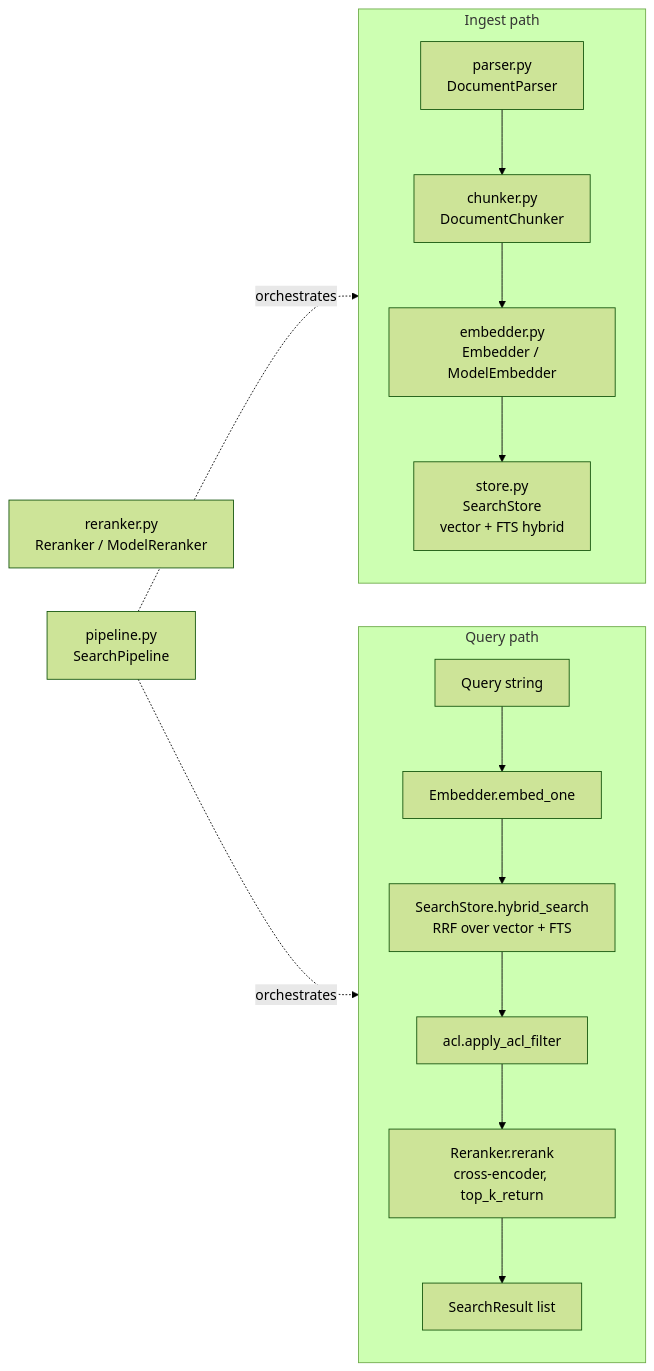
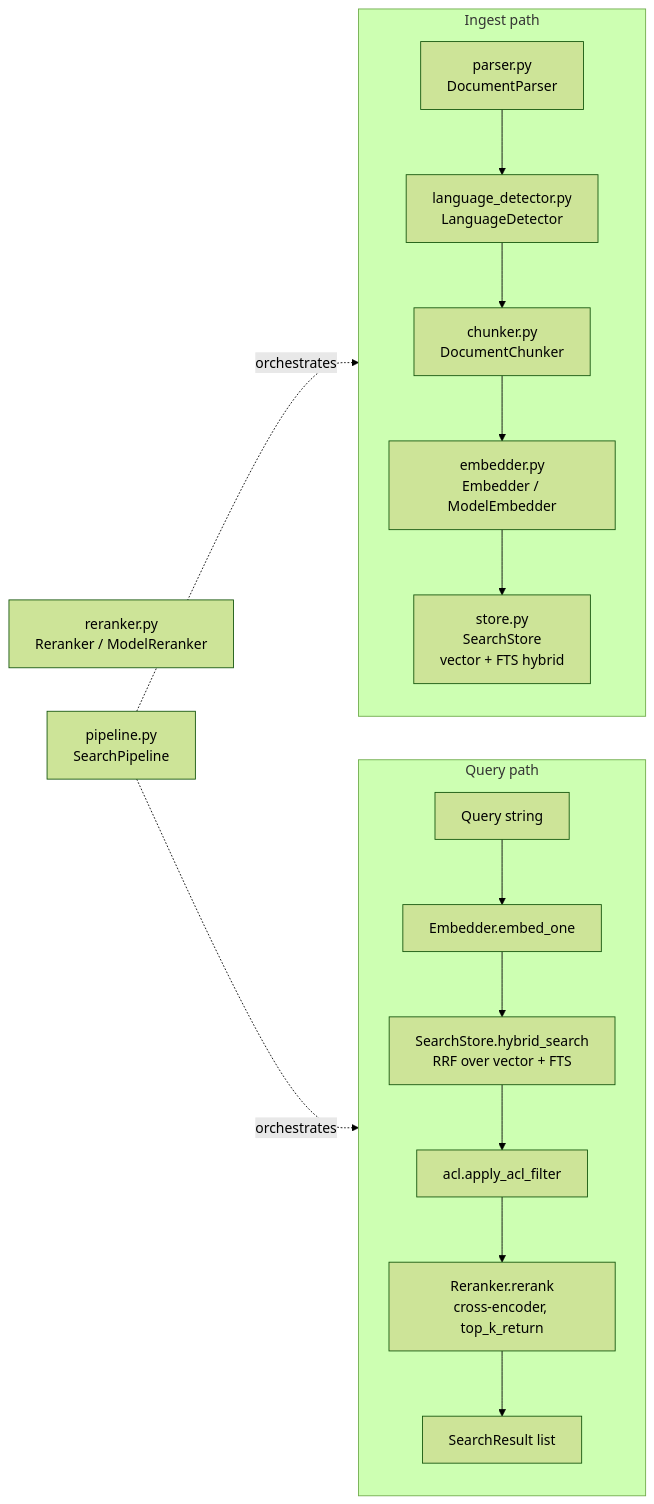
Before and after one commit to user538295/archon-search: the third of 3 diagrams in Documentation/Architecture/100_system_architecture_overview.md, drawn with Mermaid (forest theme). The commit also changed other lines of this file and 14 other files, not shown here.

````diff
--- a/Documentation/Architecture/100_system_architecture_overview.md
+++ b/Documentation/Architecture/100_system_architecture_overview.md
@@ -89,25 +89,27 @@
 ```mermaid
 flowchart LR
     Q[Query string]
     P[parser.py<br/>DocumentParser]
     C[chunker.py<br/>DocumentChunker]
     E[embedder.py<br/>Embedder / ModelEmbedder]
     S[store.py<br/>SearchStore<br/>vector + FTS hybrid]
     R[reranker.py<br/>Reranker / ModelReranker]
     PL[pipeline.py<br/>SearchPipeline]
 
+    LD[language_detector.py<br/>LanguageDetector]
+
     subgraph ingest[Ingest path]
-      P --> C --> E --> S
+      P --> LD --> C --> E --> S
     end
 
     subgraph query[Query path]
       Q --> E2[Embedder.embed_one]
       E2 --> SH[SearchStore.hybrid_search<br/>RRF over vector + FTS]
       SH --> ACL[acl.apply_acl_filter]
       ACL --> R2[Reranker.rerank<br/>cross-encoder, top_k_return]
       R2 --> OUT[SearchResult list]
     end
 
     PL -.orchestrates.-> ingest
     PL -.orchestrates.-> query
 ```
````
